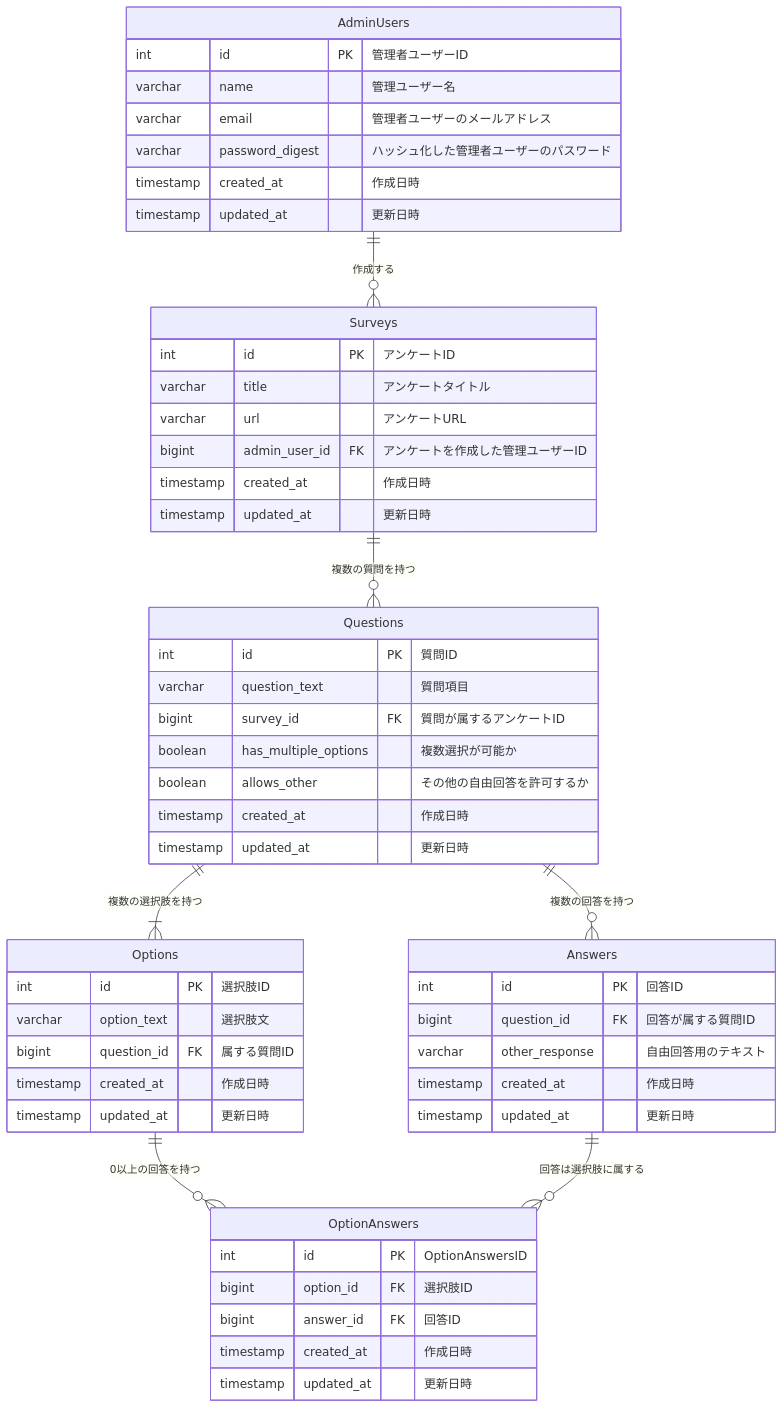
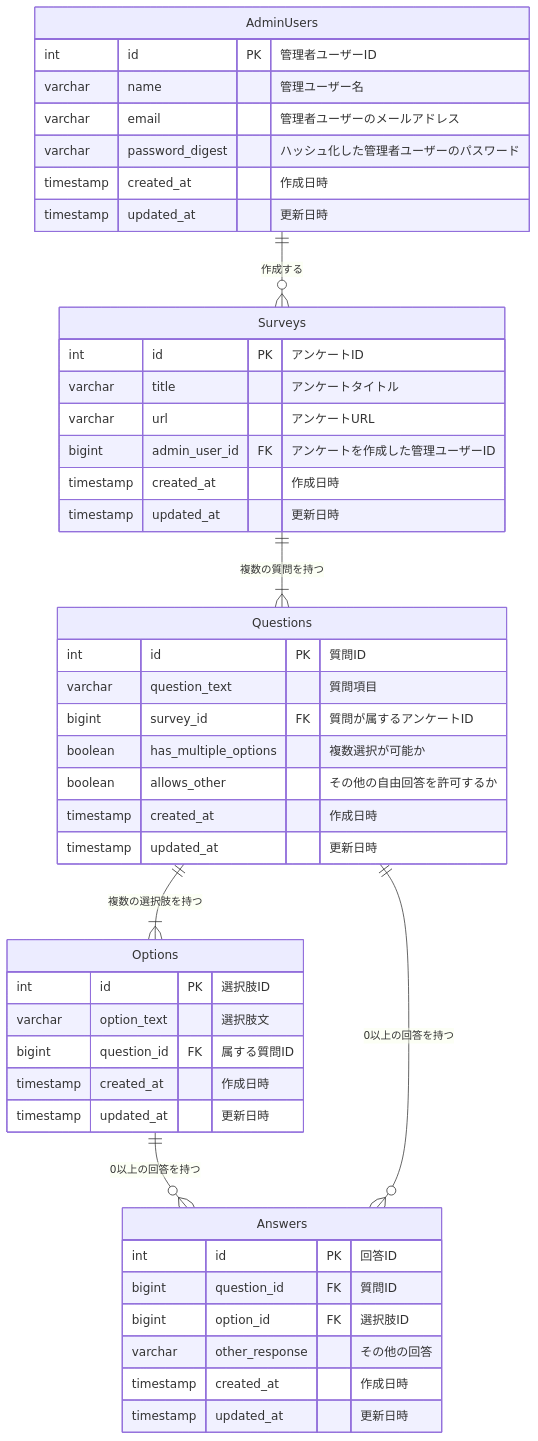
One commit to yamatowani/questionnaire-system changed the diagram in README.md. Above: the diagram before and after it, drawn with Mermaid.

Commit message:
change: DB schema

````diff
--- a/README.md
+++ b/README.md
@@ -182,64 +182,57 @@
 ```mermaid
 erDiagram
 
     AdminUsers {
         int id PK "管理者ユーザーID"
         varchar name "管理ユーザー名"
         varchar email "管理者ユーザーのメールアドレス"
         varchar password_digest "ハッシュ化した管理者ユーザーのパスワード"
         timestamp created_at "作成日時"
         timestamp updated_at "更新日時"
     }
 
     Surveys {
         int id PK "アンケートID"
         varchar title "アンケートタイトル"
         varchar url "アンケートURL"
         bigint admin_user_id FK "アンケートを作成した管理ユーザーID"
         timestamp created_at "作成日時"
         timestamp updated_at "更新日時"
     }
 
     Questions {
         int id PK "質問ID"
         varchar question_text "質問項目"
         bigint survey_id FK "質問が属するアンケートID"
         boolean has_multiple_options "複数選択が可能か"
         boolean allows_other "その他の自由回答を許可するか"
         timestamp created_at "作成日時"
         timestamp updated_at "更新日時"
     }
 
     Options {
         int id PK "選択肢ID"
         varchar option_text "選択肢文"
         bigint question_id FK "属する質問ID"
         timestamp created_at "作成日時"
         timestamp updated_at "更新日時"
     }
 
-    OptionAnswers {
-        int id PK "OptionAnswersID"
+    Answers {
+        int id PK "回答ID"
+        bigint question_id FK "質問ID"
         bigint option_id FK "選択肢ID"
-        bigint answer_id FK "回答ID"
+        varchar other_response "その他の回答"
         timestamp created_at "作成日時"
         timestamp updated_at "更新日時"
     }
 
-    Answers {
-        int id PK "回答ID"
-        bigint question_id FK "回答が属する質問ID"
-        varchar other_response "自由回答用のテキスト"
-        timestamp created_at "作成日時"
-        timestamp updated_at "更新日時"
-    }
-
+    
     %% リレーションシップ
     AdminUsers ||--o{ Surveys : "作成する"
-    Surveys ||--o{ Questions : "複数の質問を持つ"
+    Surveys ||--|{ Questions : "複数の質問を持つ"
     Questions ||--|{ Options : "複数の選択肢を持つ"
-    Questions ||--o{ Answers : "複数の回答を持つ"
-    Options ||--o{ OptionAnswers : "0以上の回答を持つ"
-    Answers ||--o{ OptionAnswers : "回答は選択肢に属する"
+    Options ||--o{ Answers : "0以上の回答を持つ"
+    Questions ||--o{ Answers : "0以上の回答を持つ"
 
 ```
````
